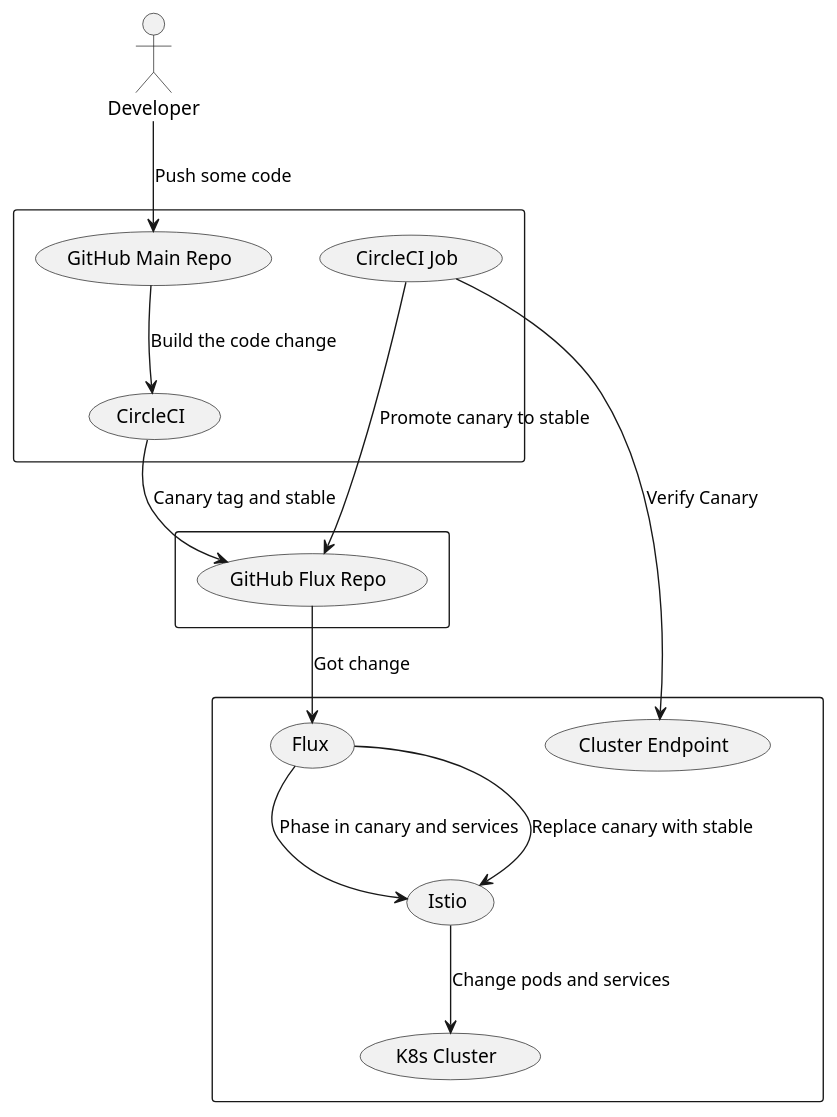
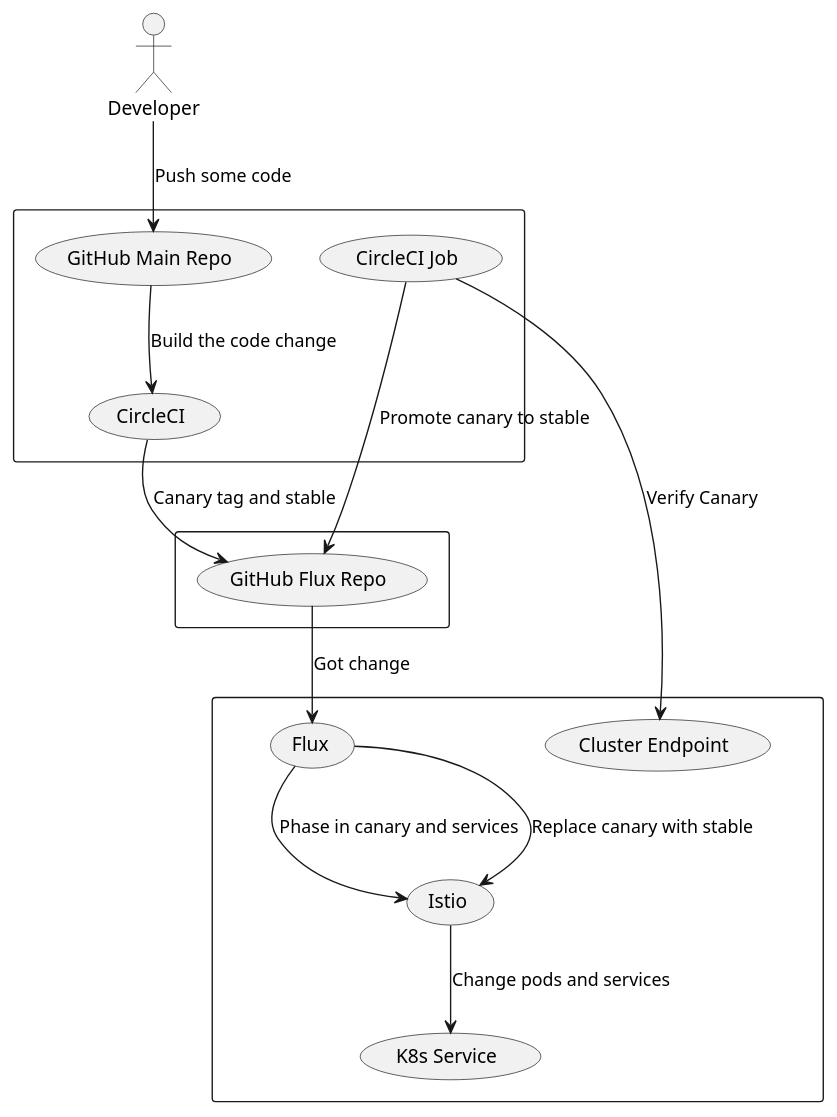
Before and after one commit to hmgibson23/istio-flux-demo: the diagram in diagrams/with-istio-circle-verfies.puml, drawn with PlantUML. The commit also changed 105 other files, not shown here.

Commit message:
Update the istio chart

```diff
--- a/diagrams/with-istio-circle-verfies.puml
+++ b/diagrams/with-istio-circle-verfies.puml
@@ -1,34 +1,34 @@
 @startuml
 
 Rectangle {
   (GitHub Main Repo)
   (CircleCI)
   (CircleCI Job)
 }
 
 Rectangle {
   (GitHub Flux Repo)
 }
 
 Rectangle {
-  (K8s Cluster)
+  (K8s Service)
   (Flux)
   (Istio)
   (Cluster Endpoint)
 }
 
 Developer --> (GitHub Main Repo) : Push some code
 (GitHub Main Repo) --> (CircleCI) : Build the code change
 (CircleCI) --> (GitHub Flux Repo) : Canary tag and stable
 
 
 (GitHub Flux Repo) --> (Flux) : Got change
 (Flux) --> (Istio) : Phase in canary and services
-(Istio)--> (K8s Cluster) : Change pods and services
+(Istio)--> (K8s Service) : Change pods and services
 
 (CircleCI Job) --> (Cluster Endpoint) : Verify Canary
 (CircleCI Job) --> (GitHub Flux Repo): Promote canary to stable
 
 (Flux) --> (Istio) :Replace canary with stable
 
 @enduml
```
